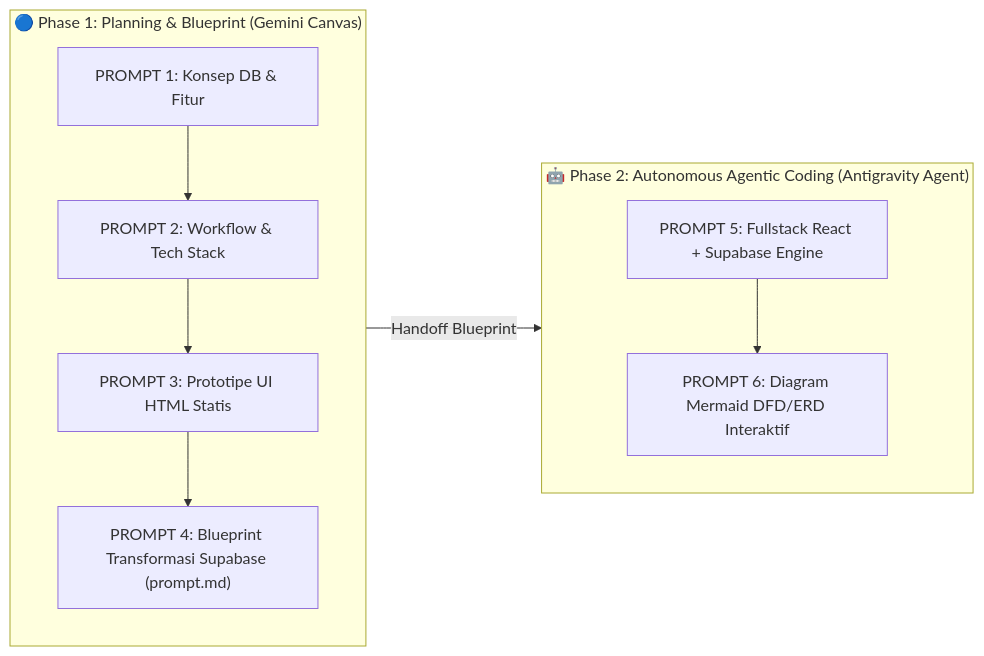
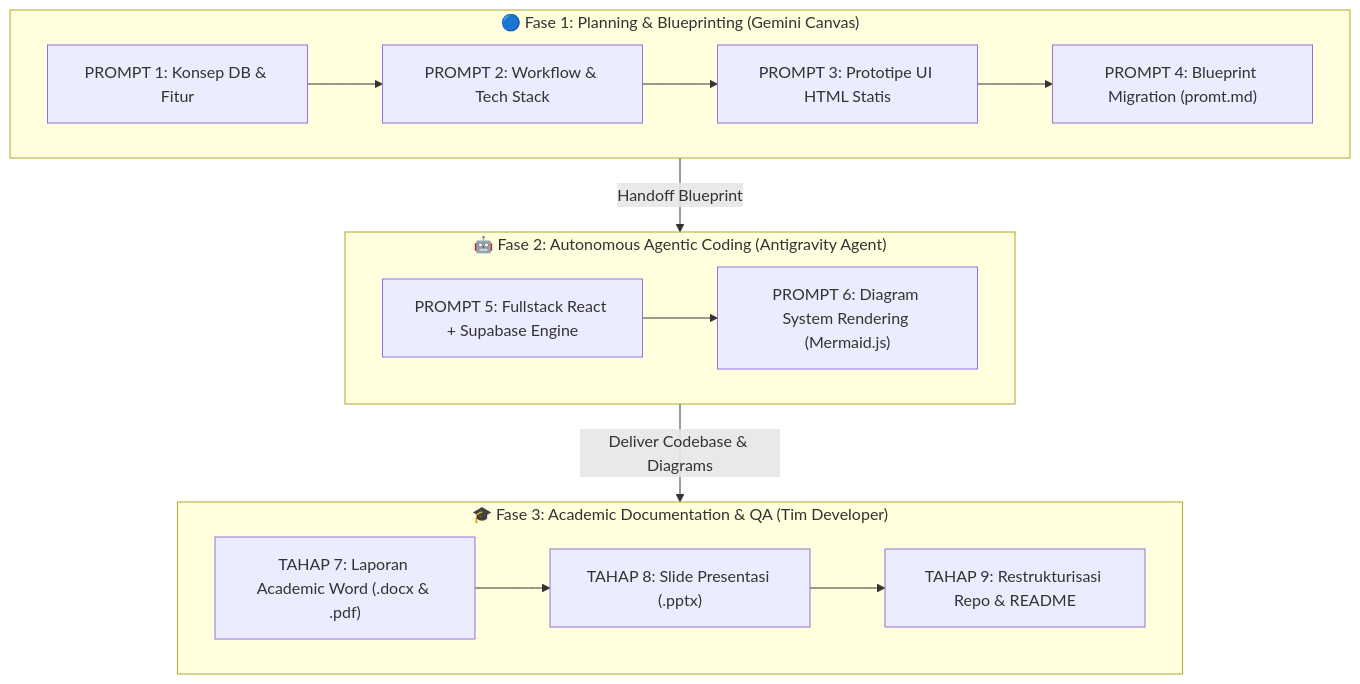
Before and after one commit to sahruulmubarokk-dot/Sistem-Informasi-Apotek: the diagram in README.md, drawn with Mermaid. The commit also changed other lines of this file, not shown here.

Commit message:
docs: overhaul README.md with modern visual design, updated prompt pipeline, and verified docs links

````diff
--- a/README.md
+++ b/README.md
@@ -46,18 +48,23 @@
 ```mermaid
-flowchart LR
-    subgraph Canvas ["🔵 Phase 1: Planning & Blueprint (Gemini Canvas)"]
-        direction TB
+flowchart TD
+    subgraph Phase1 ["🔵 Fase 1: Planning & Blueprinting (Gemini Canvas)"]
+        direction LR
         P1["PROMPT 1: Konsep DB & Fitur"] --> P2["PROMPT 2: Workflow & Tech Stack"]
         P2 --> P3["PROMPT 3: Prototipe UI HTML Statis"]
-        P3 --> P4["PROMPT 4: Blueprint Transformasi Supabase (prompt.md)"]
+        P3 --> P4["PROMPT 4: Blueprint Migration (promt.md)"]
     end
 
-    subgraph Agent ["🤖 Phase 2: Autonomous Agentic Coding (Antigravity Agent)"]
-        direction TB
-        P5["PROMPT 5: Fullstack React + Supabase Engine"]
-        P6["PROMPT 6: Diagram Mermaid DFD/ERD Interaktif"]
-        P5 --> P6
+    subgraph Phase2 ["🤖 Fase 2: Autonomous Agentic Coding (Antigravity Agent)"]
+        direction LR
+        P5["PROMPT 5: Fullstack React + Supabase Engine"] --> P6["PROMPT 6: Diagram System Rendering (Mermaid.js)"]
     end
 
-    Canvas -->|Handoff Blueprint| Agent
+    subgraph Phase3 ["🎓 Fase 3: Academic Documentation & QA (Tim Developer)"]
+        direction LR
+        T7["TAHAP 7: Laporan Academic Word (.docx & .pdf)"] --> T8["TAHAP 8: Slide Presentasi (.pptx)"]
+        T8 --> T9["TAHAP 9: Restrukturisasi Repo & README"]
+    end
+
+    Phase1 -->|Handoff Blueprint| Phase2
+    Phase2 -->|Deliver Codebase & Diagrams| Phase3
 ```
````
